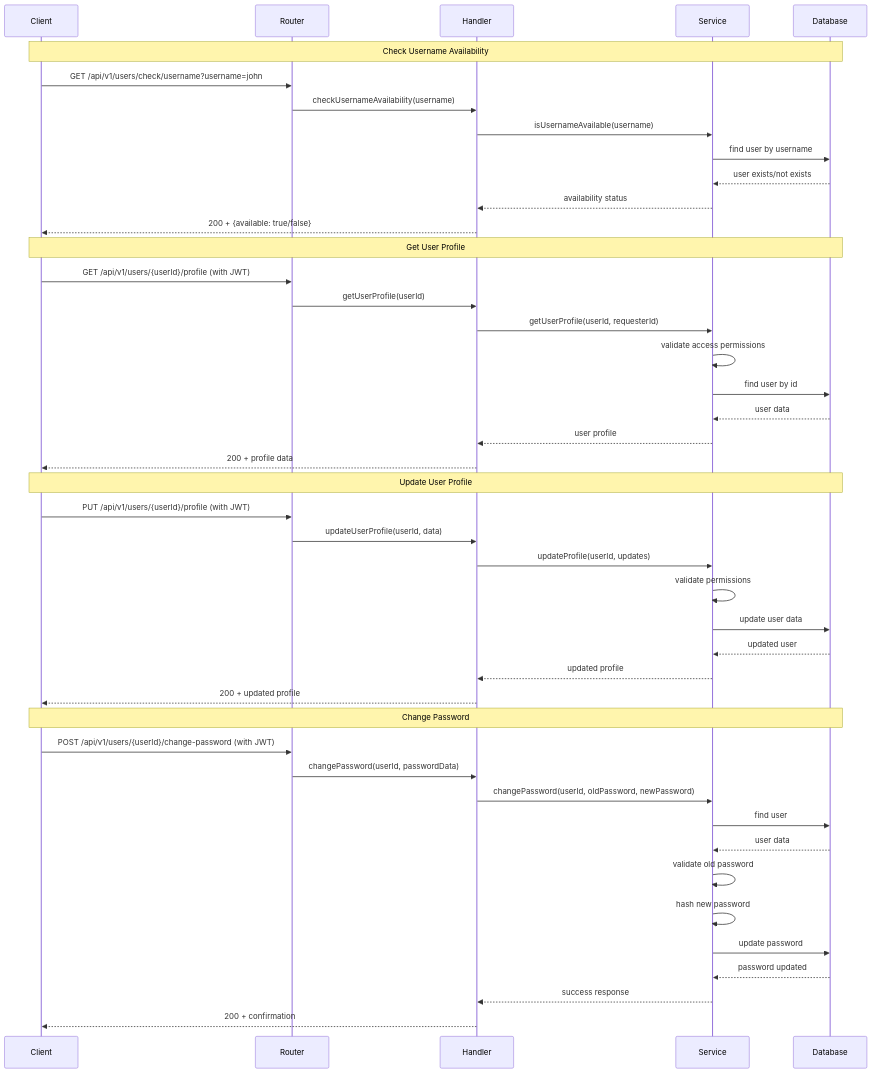
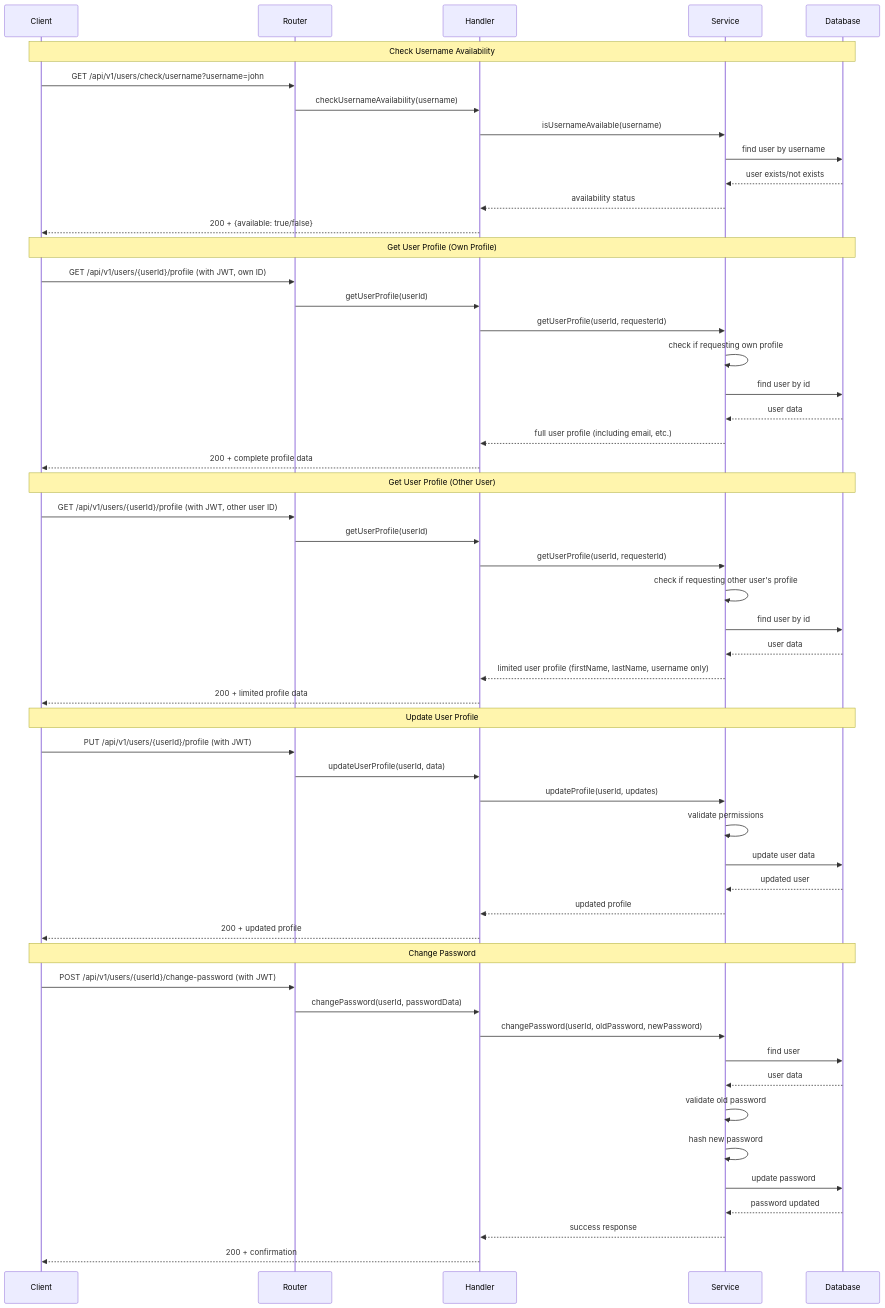
The fourth of 7 diagrams in docs/architecture-diagram.md (pranavskurup/backend-coding-challenge), drawn with Mermaid before and after one commit. The commit also changed other lines of this file and 5 other files, not shown here.

Commit message:
feat: Enhance user profile retrieval with flexible response DTOs for own and other users' profiles

````diff
--- a/docs/architecture-diagram.md
+++ b/docs/architecture-diagram.md
@@ -172,50 +172,60 @@
 ```mermaid
 sequenceDiagram
     participant C as Client
     participant R as Router
     participant H as Handler
     participant S as Service
     participant DB as Database
 
     Note over C,DB: Check Username Availability
     C->>R: GET /api/v1/users/check/username?username=john
     R->>H: checkUsernameAvailability(username)
     H->>S: isUsernameAvailable(username)
     S->>DB: find user by username
     DB-->>S: user exists/not exists
     S-->>H: availability status
     H-->>C: 200 + {available: true/false}
 
-    Note over C,DB: Get User Profile
-    C->>R: GET /api/v1/users/{userId}/profile (with JWT)
+    Note over C,DB: Get User Profile (Own Profile)
+    C->>R: GET /api/v1/users/{userId}/profile (with JWT, own ID)
     R->>H: getUserProfile(userId)
     H->>S: getUserProfile(userId, requesterId)
-    S->>S: validate access permissions
+    S->>S: check if requesting own profile
     S->>DB: find user by id
     DB-->>S: user data
-    S-->>H: user profile
-    H-->>C: 200 + profile data
+    S-->>H: full user profile (including email, etc.)
+    H-->>C: 200 + complete profile data
+
+    Note over C,DB: Get User Profile (Other User)
+    C->>R: GET /api/v1/users/{userId}/profile (with JWT, other user ID)
+    R->>H: getUserProfile(userId)
+    H->>S: getUserProfile(userId, requesterId)
+    S->>S: check if requesting other user's profile
+    S->>DB: find user by id
+    DB-->>S: user data
+    S-->>H: limited user profile (firstName, lastName, username only)
+    H-->>C: 200 + limited profile data
 
     Note over C,DB: Update User Profile
     C->>R: PUT /api/v1/users/{userId}/profile (with JWT)
     R->>H: updateUserProfile(userId, data)
     H->>S: updateProfile(userId, updates)
     S->>S: validate permissions
     S->>DB: update user data
     DB-->>S: updated user
     S-->>H: updated profile
     H-->>C: 200 + updated profile
 
     Note over C,DB: Change Password
     C->>R: POST /api/v1/users/{userId}/change-password (with JWT)
     R->>H: changePassword(userId, passwordData)
     H->>S: changePassword(userId, oldPassword, newPassword)
     S->>DB: find user
     DB-->>S: user data
     S->>S: validate old password
     S->>S: hash new password
     S->>DB: update password
     DB-->>S: password updated
     S-->>H: success response
     H-->>C: 200 + confirmation
 ```
````
